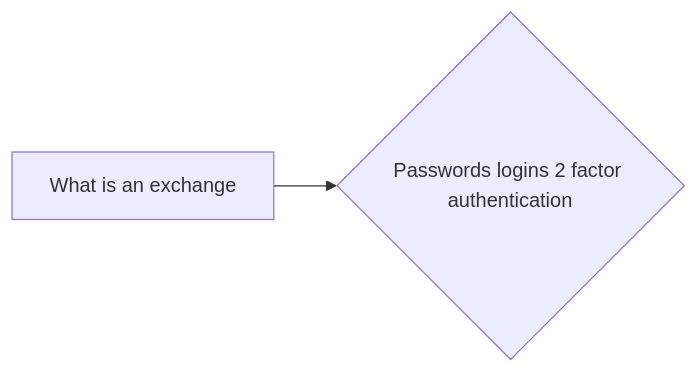
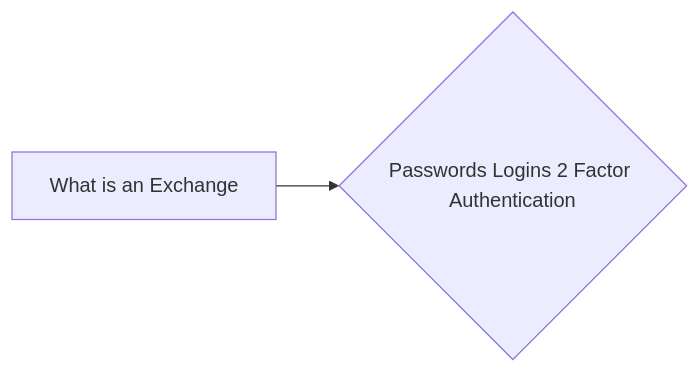
One commit to lpurdy01/crypto-knowledge-map changed the diagram in notes/Passwords_Logins_2_Factor_Authentication.md. Above: the diagram before and after it, drawn with Mermaid. The commit also changed 50 other files, not shown here.

````diff
--- a/notes/Passwords_Logins_2_Factor_Authentication.md
+++ b/notes/Passwords_Logins_2_Factor_Authentication.md
@@ -6,4 +6,4 @@
 ```mermaid
 graph LR
-1["What is an exchange"]-->0{"Passwords logins 2 factor authentication"}
+1["What is an Exchange"]-->0{"Passwords Logins 2 Factor Authentication"}
 ```
````
